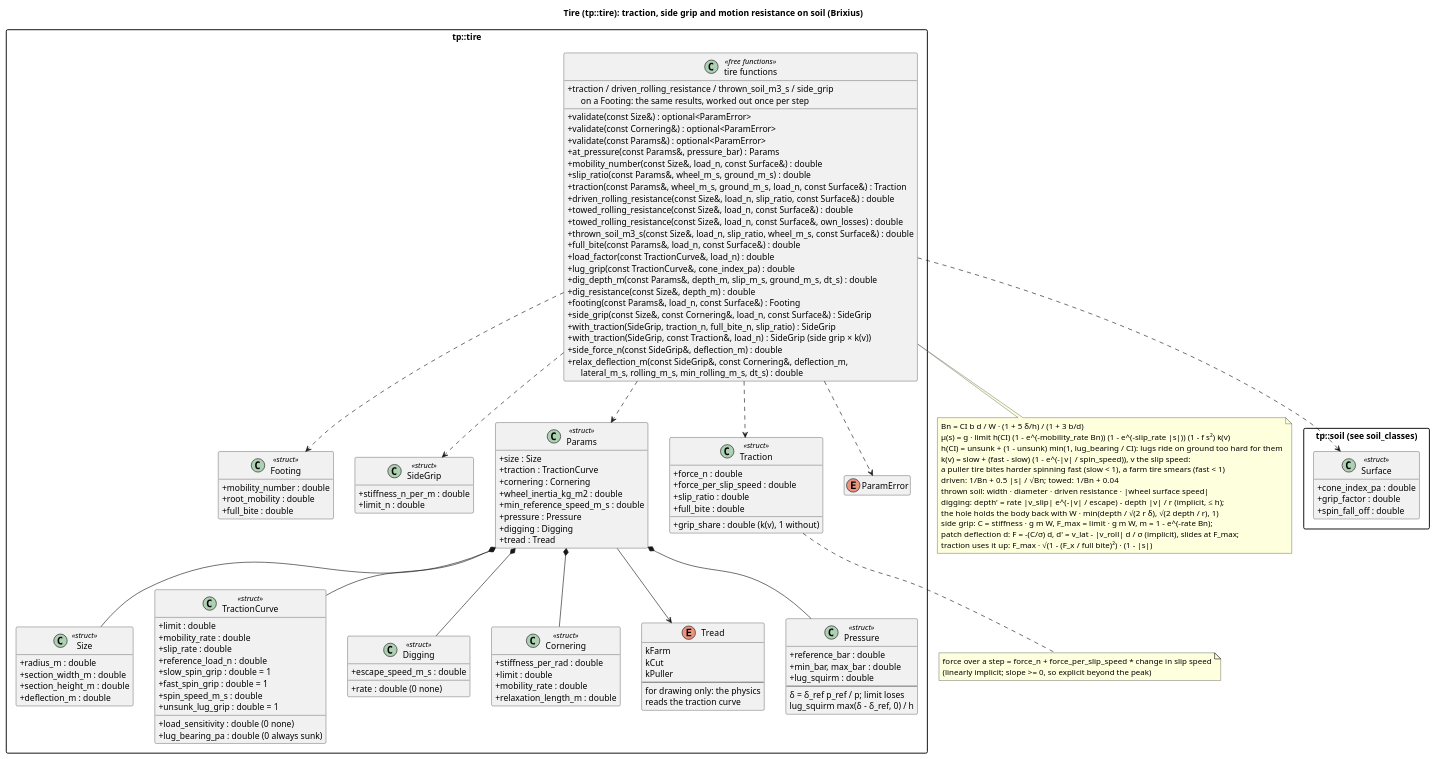
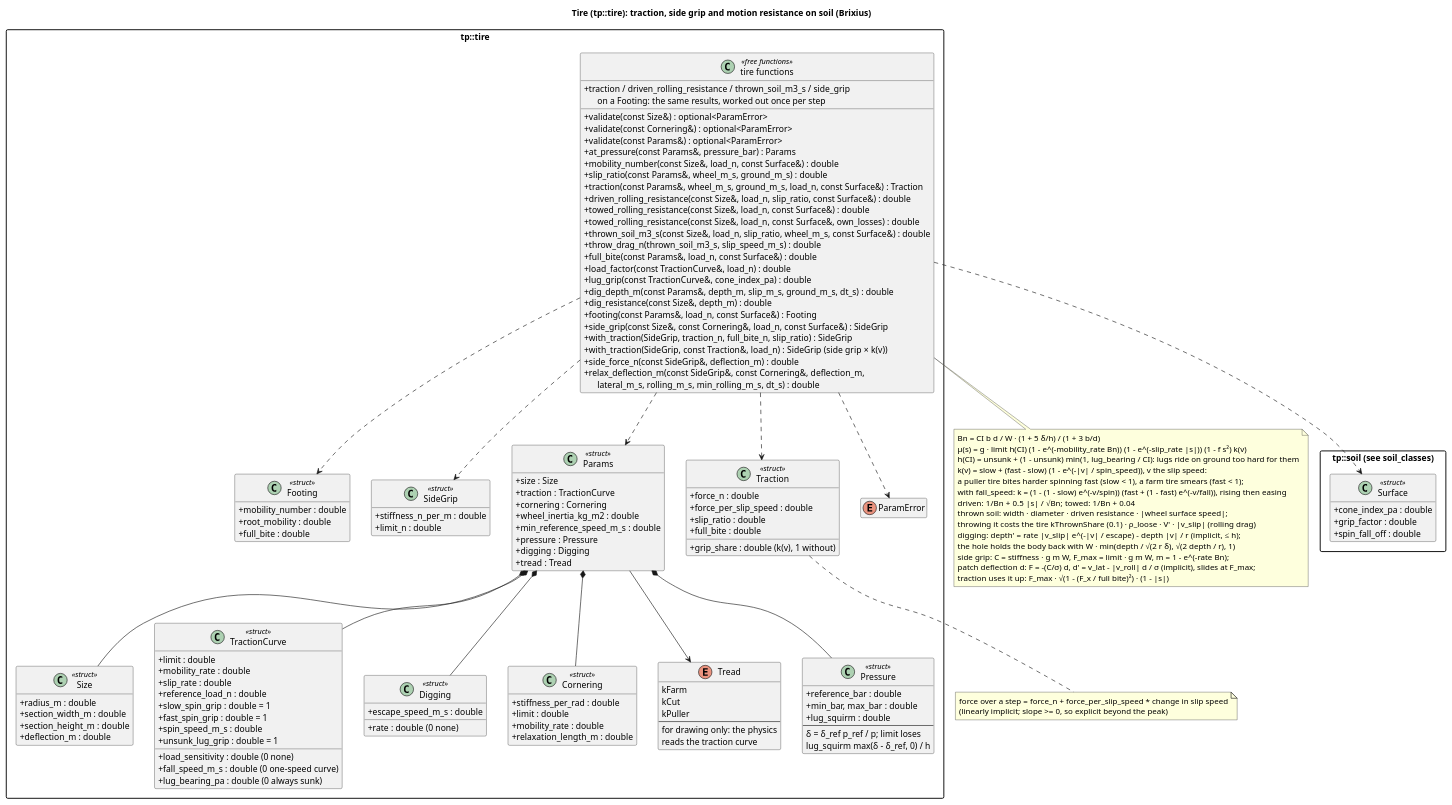
One commit to wversteeg/TractorPulling changed the diagram in docs/diagrams/tire_classes.puml. Above: the diagram before and after it, drawn with PlantUML. The commit also changed 28 other files, not shown here.

First line of the commit message:
Supersport pullers: drive and tire comments, diagrams for fall speed, throw drag and spin ease

```diff
--- a/docs/diagrams/tire_classes.puml
+++ b/docs/diagrams/tire_classes.puml
@@ -1,143 +1,147 @@
 @startuml tire_classes
 title Tire (tp::tire): traction, side grip and motion resistance on soil (Brixius)
 hide empty members
 skinparam packageStyle rectangle
 skinparam classAttributeIconSize 0
 
 package "tp::soil (see soil_classes)" {
   class Surface <<struct>> {
     +cone_index_pa : double
     +grip_factor : double
     +spin_fall_off : double
   }
 }
 
 package "tp::tire" {
   class Size <<struct>> {
     +radius_m : double
     +section_width_m : double
     +section_height_m : double
     +deflection_m : double
   }
   class TractionCurve <<struct>> {
     +limit : double
     +mobility_rate : double
     +slip_rate : double
     +load_sensitivity : double (0 none)
     +reference_load_n : double
     +slow_spin_grip : double = 1
     +fast_spin_grip : double = 1
     +spin_speed_m_s : double
+    +fall_speed_m_s : double (0 one-speed curve)
     +lug_bearing_pa : double (0 always sunk)
     +unsunk_lug_grip : double = 1
   }
   class Digging <<struct>> {
     +rate : double (0 none)
     +escape_speed_m_s : double
   }
   class Cornering <<struct>> {
     +stiffness_per_rad : double
     +limit : double
     +mobility_rate : double
     +relaxation_length_m : double
   }
   class Footing <<struct>> {
     +mobility_number : double
     +root_mobility : double
     +full_bite : double
   }
   class SideGrip <<struct>> {
     +stiffness_n_per_m : double
     +limit_n : double
   }
   class Params <<struct>> {
     +size : Size
     +traction : TractionCurve
     +cornering : Cornering
     +wheel_inertia_kg_m2 : double
     +min_reference_speed_m_s : double
     +pressure : Pressure
     +digging : Digging
     +tread : Tread
   }
   enum Tread {
     kFarm
     kCut
     kPuller
     --
     for drawing only: the physics
     reads the traction curve
   }
   class Pressure <<struct>> {
     +reference_bar : double
     +min_bar, max_bar : double
     +lug_squirm : double
     --
     δ = δ_ref p_ref / p; limit loses
     lug_squirm max(δ - δ_ref, 0) / h
   }
   class Traction <<struct>> {
     +force_n : double
     +force_per_slip_speed : double
     +slip_ratio : double
     +full_bite : double
     +grip_share : double (k(v), 1 without)
   }
   enum ParamError
   class "tire functions" as TireFns <<free functions>> {
     +validate(const Size&) : optional<ParamError>
     +validate(const Cornering&) : optional<ParamError>
     +validate(const Params&) : optional<ParamError>
     +at_pressure(const Params&, pressure_bar) : Params
     +mobility_number(const Size&, load_n, const Surface&) : double
     +slip_ratio(const Params&, wheel_m_s, ground_m_s) : double
     +traction(const Params&, wheel_m_s, ground_m_s, load_n, const Surface&) : Traction
     +driven_rolling_resistance(const Size&, load_n, slip_ratio, const Surface&) : double
     +towed_rolling_resistance(const Size&, load_n, const Surface&) : double
     +towed_rolling_resistance(const Size&, load_n, const Surface&, own_losses) : double
     +thrown_soil_m3_s(const Size&, load_n, slip_ratio, wheel_m_s, const Surface&) : double
+    +throw_drag_n(thrown_soil_m3_s, slip_speed_m_s) : double
     +full_bite(const Params&, load_n, const Surface&) : double
     +load_factor(const TractionCurve&, load_n) : double
     +lug_grip(const TractionCurve&, cone_index_pa) : double
     +dig_depth_m(const Params&, depth_m, slip_m_s, ground_m_s, dt_s) : double
     +dig_resistance(const Size&, depth_m) : double
     +footing(const Params&, load_n, const Surface&) : Footing
     +traction / driven_rolling_resistance / thrown_soil_m3_s / side_grip\n      on a Footing: the same results, worked out once per step
     +side_grip(const Size&, const Cornering&, load_n, const Surface&) : SideGrip
     +with_traction(SideGrip, traction_n, full_bite_n, slip_ratio) : SideGrip
     +with_traction(SideGrip, const Traction&, load_n) : SideGrip  (side grip × k(v))
     +side_force_n(const SideGrip&, deflection_m) : double
     +relax_deflection_m(const SideGrip&, const Cornering&, deflection_m,\n      lateral_m_s, rolling_m_s, min_rolling_m_s, dt_s) : double
   }
   Params *-- Size
   Params *-- TractionCurve
   Params *-- Cornering
   Params *-- Pressure
   Params *-- Digging
   Params --> Tread
   TireFns ..> SideGrip
   TireFns ..> Footing
   TireFns ..> Params
   TireFns ..> Traction
   TireFns ..> ParamError
   TireFns ..> Surface
 }
 note bottom of TireFns
   Bn = CI b d / W · (1 + 5 δ/h) / (1 + 3 b/d)
   μ(s) = g · limit h(CI) (1 - e^(-mobility_rate Bn)) (1 - e^(-slip_rate |s|)) (1 - f s²) k(v)
   h(CI) = unsunk + (1 - unsunk) min(1, lug_bearing / CI): lugs ride on ground too hard for them
   k(v) = slow + (fast - slow) (1 - e^(-|v| / spin_speed)), v the slip speed:
-  a puller tire bites harder spinning fast (slow < 1), a farm tire smears (fast < 1)
+  a puller tire bites harder spinning fast (slow < 1), a farm tire smears (fast < 1);
+  with fall_speed: k = (1 - (1 - slow) e^(-v/spin)) (fast + (1 - fast) e^(-v/fall)), rising then easing
   driven: 1/Bn + 0.5 |s| / √Bn;  towed: 1/Bn + 0.04
-  thrown soil: width · diameter · driven resistance · |wheel surface speed|
+  thrown soil: width · diameter · driven resistance · |wheel surface speed|;
+  throwing it costs the tire kThrownShare (0.1) · ρ_loose · V' · |v_slip| (rolling drag)
   digging: depth' = rate |v_slip| e^(-|v| / escape) - depth |v| / r (implicit, ≤ h);
   the hole holds the body back with W · min(depth / √(2 r δ), √(2 depth / r), 1)
   side grip: C = stiffness · g m W, F_max = limit · g m W, m = 1 - e^(-rate Bn);
   patch deflection d: F = -(C/σ) d, d' = v_lat - |v_roll| d / σ (implicit), slides at F_max;
   traction uses it up: F_max · √(1 - (F_x / full bite)²) · (1 - |s|)
 end note
 note bottom of Traction
   force over a step = force_n + force_per_slip_speed * change in slip speed
   (linearly implicit; slope >= 0, so explicit beyond the peak)
 end note
 @enduml
```
